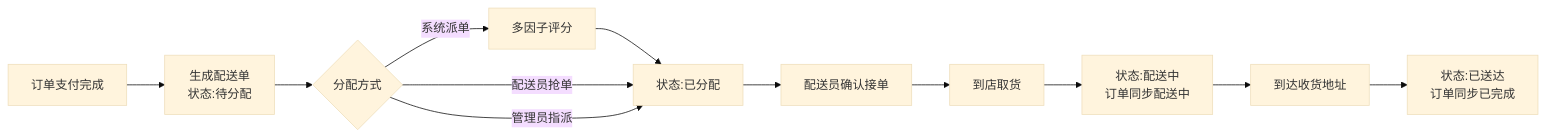
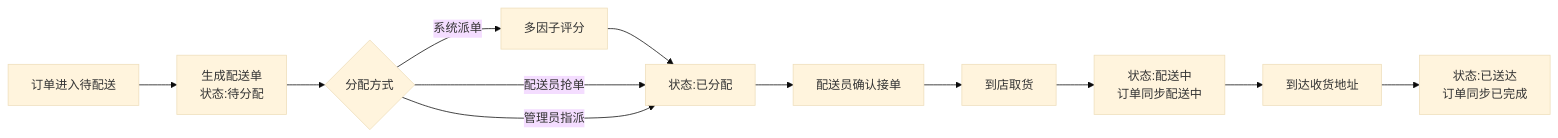
The third of 3 diagrams in docs/01-需求分析.md (chenchuiqing/FreshMeal), drawn with Mermaid (base theme) before and after one commit. The commit also changed other lines of this file and 2 other files, not shown here.

````diff
--- a/docs/01-需求分析.md
+++ b/docs/01-需求分析.md
@@ -160,14 +160,14 @@
 ```mermaid
 flowchart LR
-    A[订单支付完成] --> B[生成配送单<br/>状态:待分配]
+    A[订单进入待配送] --> B[生成配送单<br/>状态:待分配]
     B --> C{分配方式}
     C -->|系统派单| D[多因子评分]
     D --> E[状态:已分配]
     C -->|配送员抢单| E
     C -->|管理员指派| E
     E --> F[配送员确认接单]
     F --> G[到店取货]
     G --> H[状态:配送中<br/>订单同步配送中]
     H --> I[到达收货地址]
     I --> J[状态:已送达<br/>订单同步已完成]
 ```
````
